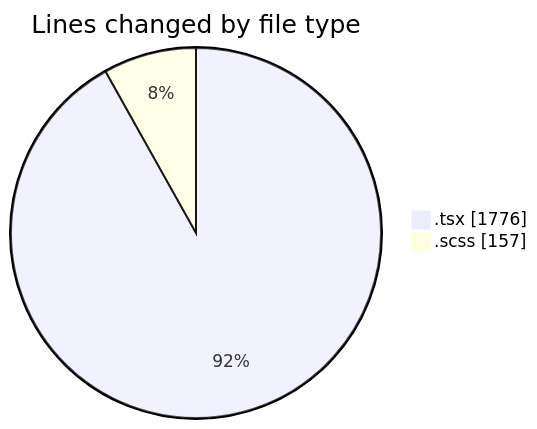
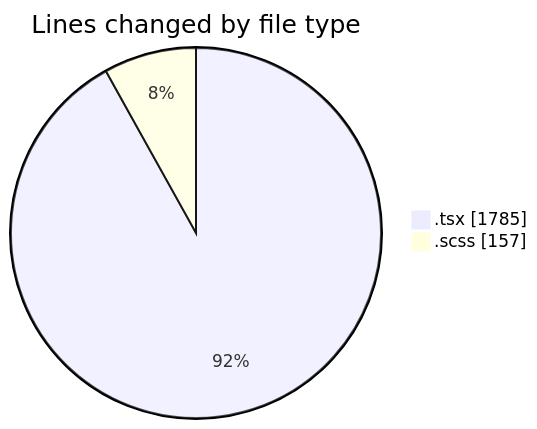
The first of 2 diagrams in 2025-04-07/cda/README.md (momahboobian/code-tracking), drawn with Mermaid before and after one commit. The commit also changed other lines of this file and 1 other file, not shown here.

````diff
--- a/2025-04-07/cda/README.md
+++ b/2025-04-07/cda/README.md
@@ -26,6 +26,6 @@
 ```mermaid
 pie showData
 title Lines changed by file type
-".tsx" : 1776
+".tsx" : 1785
 ".scss" : 157
 ```
````
